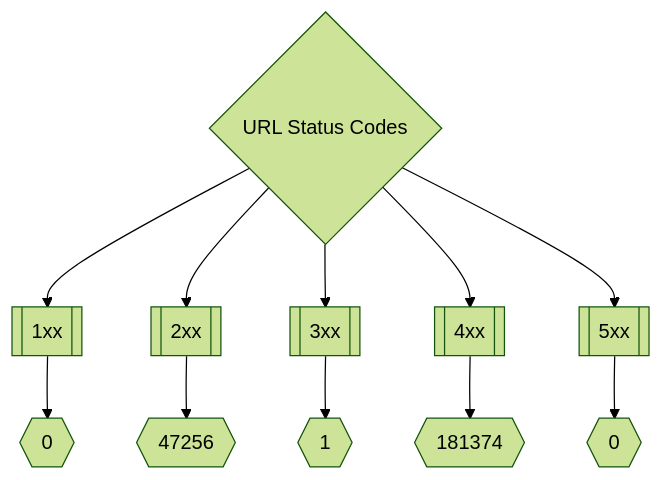
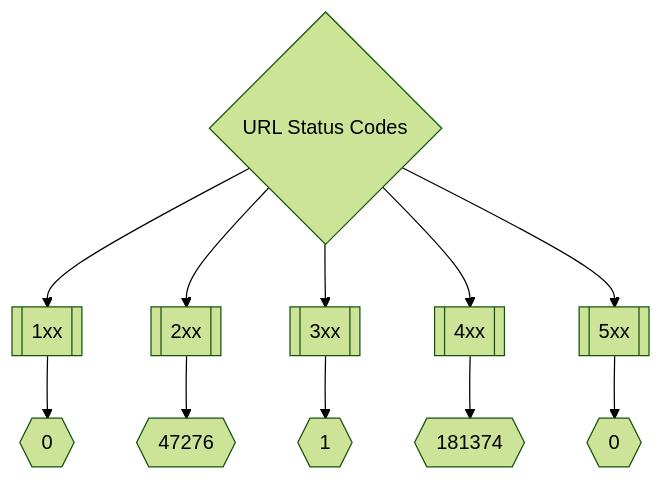
The second of 3 diagrams in README.md (trickest/inventory), drawn with Mermaid (forest theme) before and after one commit. The commit also changed other lines of this file and 11 other files, not shown here.

````diff
--- a/README.md
+++ b/README.md
@@ -173,8 +173,8 @@
 ```mermaid
 graph TD
 title{URL Status Codes} --> 1xx[[1xx]] --> status1xxNum{{0}}
-title --> 2xx[[2xx]] --> status2xxNum{{47256}}
+title --> 2xx[[2xx]] --> status2xxNum{{47276}}
 title --> 3xx[[3xx]] --> status3xxNum{{1}}
 title --> 4xx[[4xx]] --> status4xxNum{{181374}}
 title --> 5xx[[5xx]] --> status5xxNum{{0}}
 ```
````
